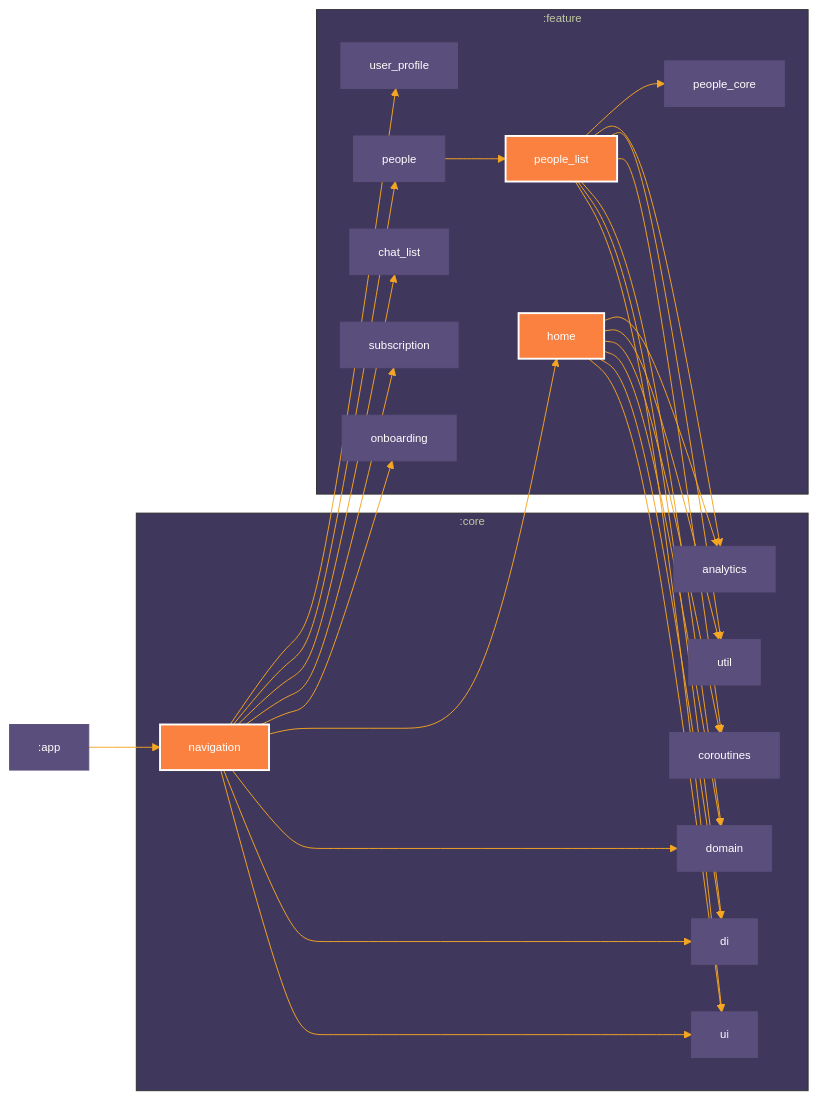
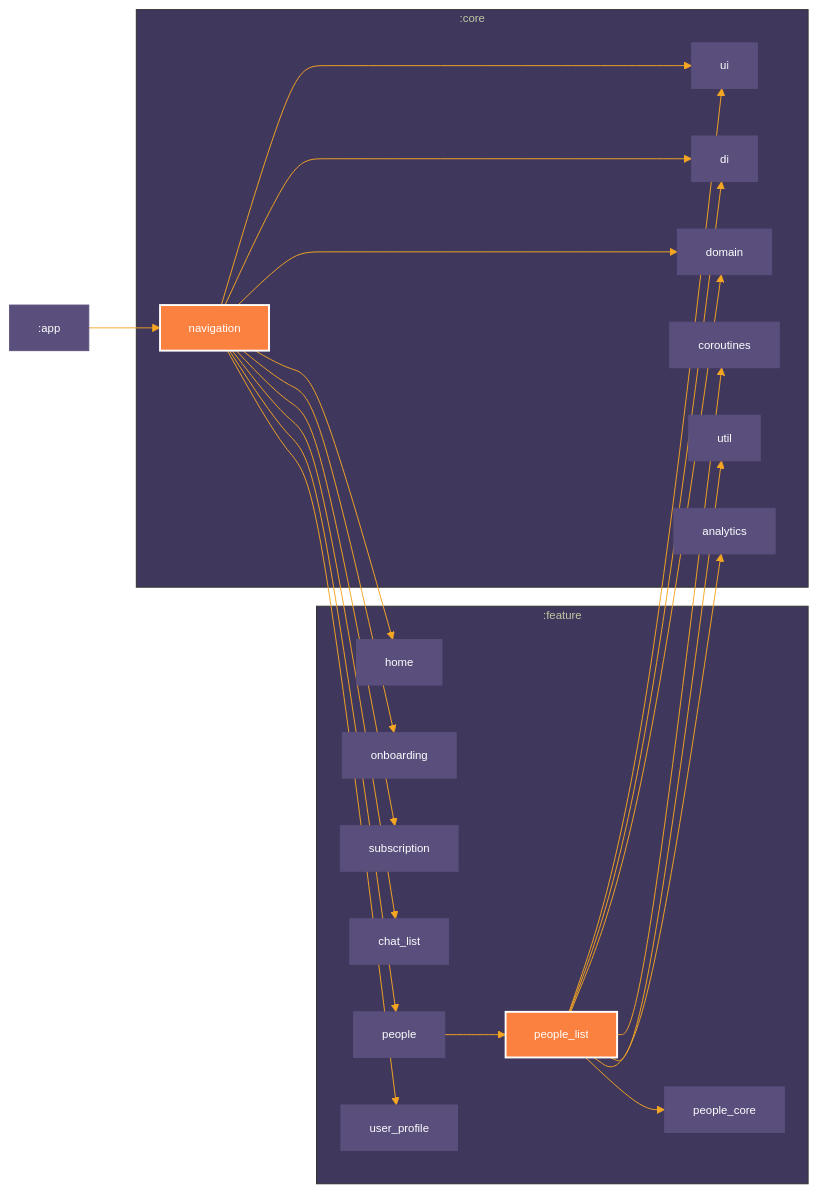
Before and after one commit to mobiledevpro/closetalk.app: the diagram in README.md, drawn with Mermaid. The commit also changed 1 other file, not shown here.

Commit message:
Updated config

````diff
--- a/README.md
+++ b/README.md
@@ -98,58 +98,51 @@
 ```mermaid
 %%{
   init: {
     'theme': 'base',
     'themeVariables': {"primaryTextColor":"#fff","primaryColor":"#5a4f7c","primaryBorderColor":"#5a4f7c","lineColor":"#f5a623","tertiaryColor":"#40375c","fontSize":"12px"}
   }
 }%%
 
 graph LR
   subgraph :core
     :core:navigation["navigation"]
     :core:ui["ui"]
     :core:di["di"]
     :core:domain["domain"]
     :core:coroutines["coroutines"]
     :core:util["util"]
     :core:analytics["analytics"]
   end
   subgraph :feature
     :feature:home["home"]
     :feature:onboarding["onboarding"]
     :feature:subscription["subscription"]
     :feature:chat_list["chat_list"]
     :feature:people["people"]
     :feature:user_profile["user_profile"]
-      :feature:people_list["people_list"]
-      :feature:people_core["people_core"]
+    :feature:people_list["people_list"]
+    :feature:people_core["people_core"]
   end
   :core:navigation --> :core:ui
   :core:navigation --> :core:di
   :core:navigation --> :core:domain
   :core:navigation --> :feature:home
   :core:navigation --> :feature:onboarding
   :core:navigation --> :feature:subscription
   :core:navigation --> :feature:chat_list
   :core:navigation --> :feature:people
   :core:navigation --> :feature:user_profile
-    :feature:people_list --> :core:ui
-    :feature:people_list --> :core:di
-    :feature:people_list --> :core:domain
-    :feature:people_list --> :core:coroutines
-    :feature:people_list --> :core:util
-    :feature:people_list --> :core:analytics
-    :feature:people_list --> :feature:people_core
+  :feature:people_list --> :core:ui
+  :feature:people_list --> :core:di
+  :feature:people_list --> :core:domain
+  :feature:people_list --> :core:coroutines
+  :feature:people_list --> :core:util
+  :feature:people_list --> :core:analytics
+  :feature:people_list --> :feature:people_core
   :app --> :core:navigation
-    :feature:people --> :feature:people_list
-  :feature:home --> :core:ui
-  :feature:home --> :core:di
-  :feature:home --> :core:domain
-  :feature:home --> :core:coroutines
-  :feature:home --> :core:util
-  :feature:home --> :core:analytics
+  :feature:people --> :feature:people_list
 
 classDef focus fill:#FA8140,stroke:#fff,stroke-width:2px,color:#fff;
 class :core:navigation focus
-class :feature:home focus
-    class :feature:people_list focus
+class :feature:people_list focus
 ```
````
